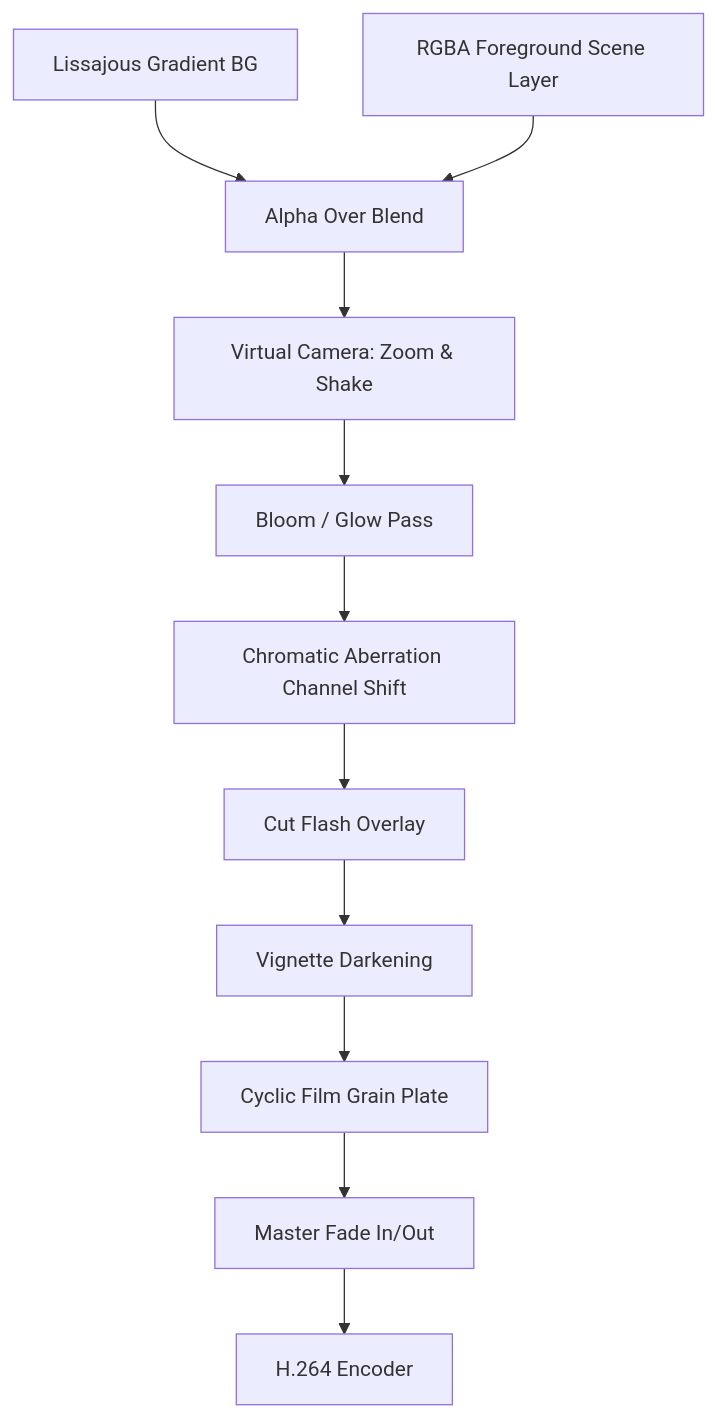
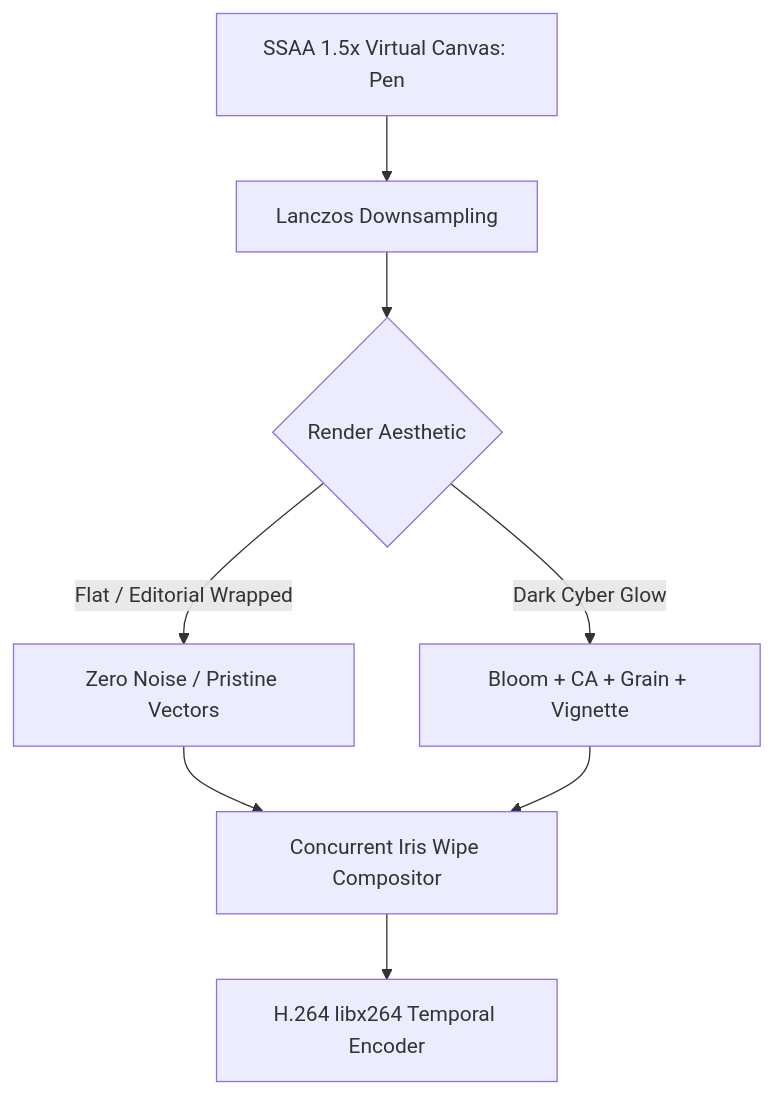
The diagram in .agents/skills/procedural-motion-graphics/references/compositing-pipeline.md (gnustella-lab/procedural-motion-graphics), drawn with Mermaid before and after one commit. The commit also changed other lines of this file and 14 other files, not shown here.

Commit message:
feat: add flat wrapped editorial motion pillar with SSAA Pen, spring physics, and polar morphing

````diff
--- a/.agents/skills/procedural-motion-graphics/references/compositing-pipeline.md
+++ b/.agents/skills/procedural-motion-graphics/references/compositing-pipeline.md
@@ -5,13 +5,10 @@
 ```mermaid
 flowchart TD
-    A[Lissajous Gradient BG] --> C[Alpha Over Blend]
-    B[RGBA Foreground Scene Layer] --> C
-    C --> D[Virtual Camera: Zoom & Shake]
-    D --> E[Bloom / Glow Pass]
-    E --> F[Chromatic Aberration Channel Shift]
-    F --> G[Cut Flash Overlay]
-    G --> H[Vignette Darkening]
-    H --> I[Cyclic Film Grain Plate]
-    I --> J[Master Fade In/Out]
-    J --> K[H.264 Encoder]
+    A[SSAA 1.5x Virtual Canvas: Pen] --> B[Lanczos Downsampling]
+    B --> C{Render Aesthetic}
+    C -->|Flat / Editorial Wrapped| D[Zero Noise / Pristine Vectors]
+    C -->|Dark Cyber Glow| E[Bloom + CA + Grain + Vignette]
+    D --> F[Concurrent Iris Wipe Compositor]
+    E --> F
+    F --> G[H.264 libx264 Temporal Encoder]
 ```
````
